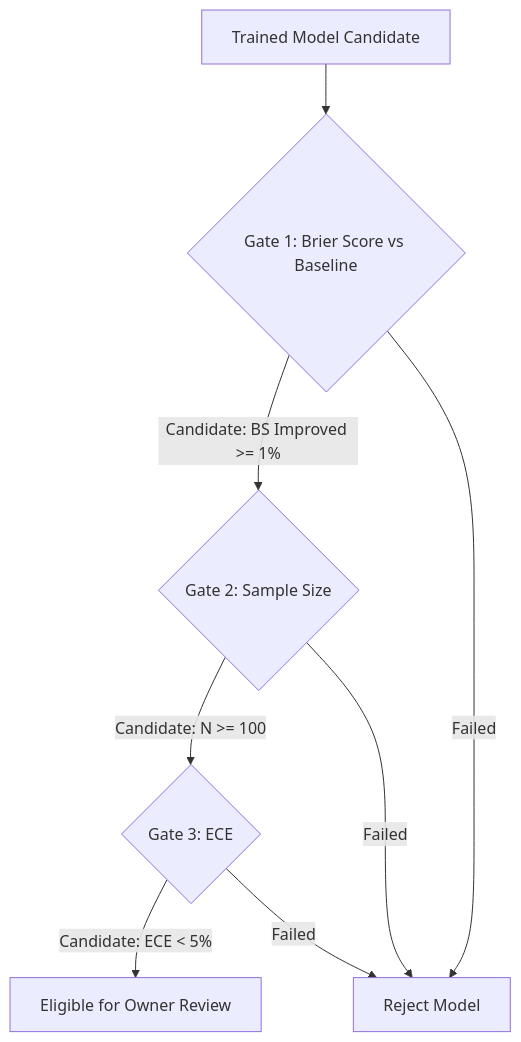
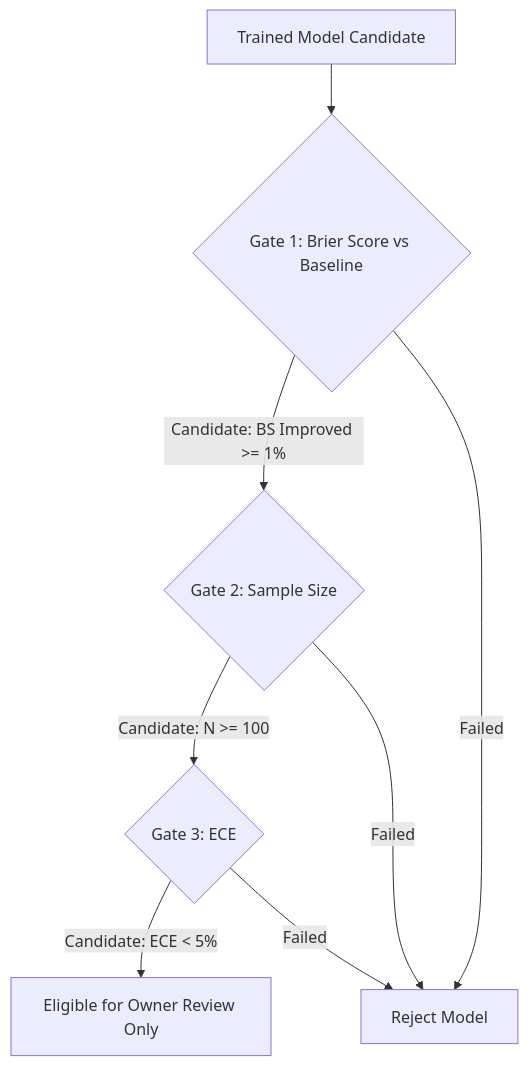
One commit to quylang88/miraichi changed the second of 2 diagrams in docs/data/phase-7-planning.md. Above: the diagram before and after it, drawn with Mermaid. The commit also changed other lines of this file and 14 other files, not shown here.

Commit message:
chore: update project plan, roadmap, and documentation to reflect partial ADR acceptance for Phase 7

````diff
--- a/docs/data/phase-7-planning.md
+++ b/docs/data/phase-7-planning.md
@@ -165,10 +169,10 @@
 ```mermaid
 graph TD
     Model[Trained Model Candidate] --> Gate1{Gate 1: Brier Score vs Baseline}
     Gate1 -->|Candidate: BS Improved >= 1%| Gate2{Gate 2: Sample Size}
     Gate1 -->|Failed| Reject[Reject Model]
     Gate2 -->|Candidate: N >= 100| Gate3{Gate 3: ECE}
     Gate2 -->|Failed| Reject
-    Gate3 -->|Candidate: ECE < 5%| Approve[Eligible for Owner Review]
+    Gate3 -->|Candidate: ECE < 5%| Approve[Eligible for Owner Review Only]
     Gate3 -->|Failed| Reject
 ```
````
